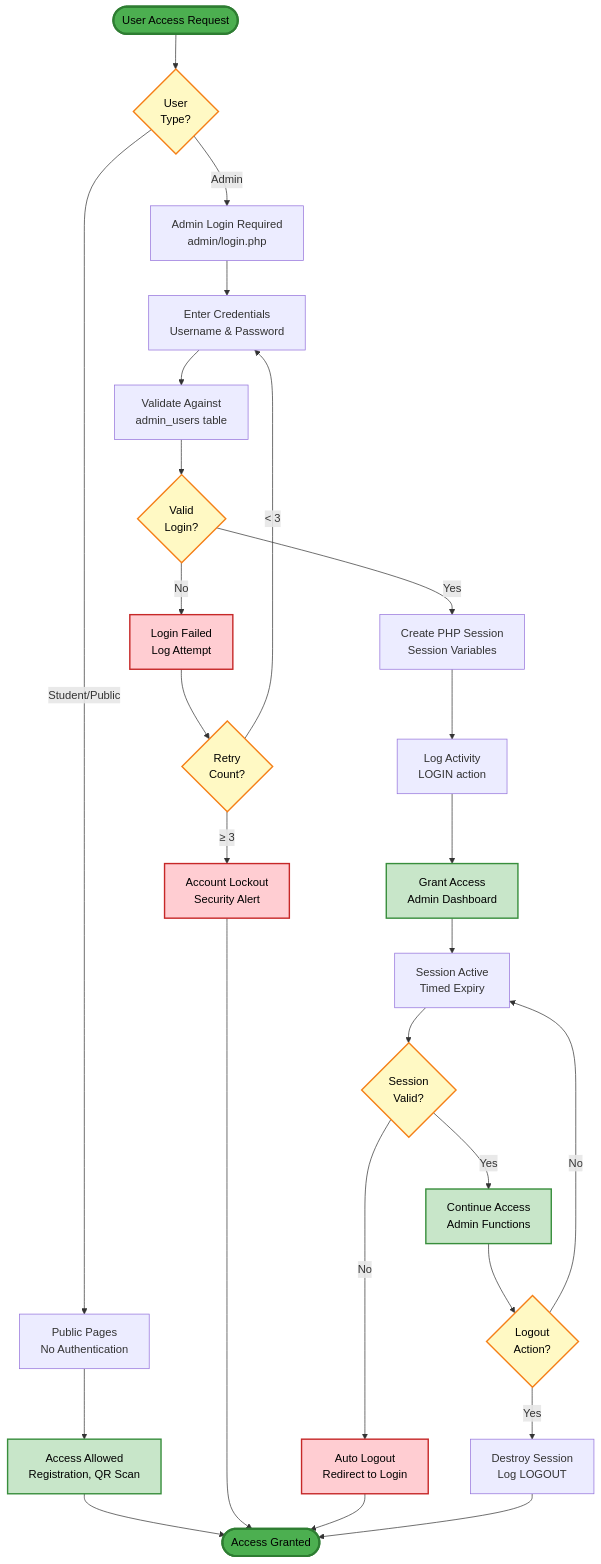
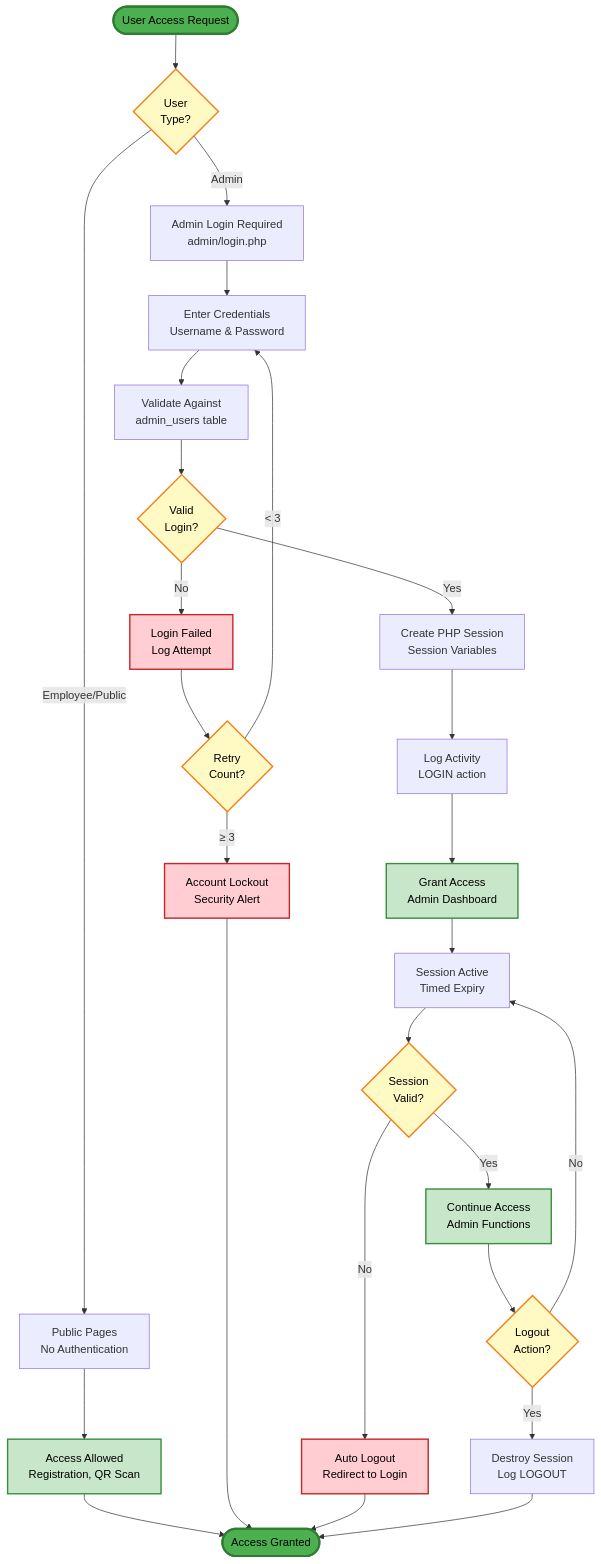
Before and after one commit to TsmHabib03/EAT: the eighth of 8 diagrams in GENERAL_PROCEDURE_FLOWCHART.md, drawn with Mermaid. The commit also changed other lines of this file and 64 other files, not shown here.

````diff
--- a/GENERAL_PROCEDURE_FLOWCHART.md
+++ b/GENERAL_PROCEDURE_FLOWCHART.md
@@ -356,58 +356,58 @@
 ```mermaid
 flowchart TD
     Start([User Access Request]) --> A{User<br/>Type?}
     
-    A -->|Student/Public| B[Public Pages<br/>No Authentication]
+    A -->|Employee/Public| B[Public Pages<br/>No Authentication]
     A -->|Admin| C[Admin Login Required<br/>admin/login.php]
     
     B --> D[Access Allowed<br/>Registration, QR Scan]
     
     C --> E[Enter Credentials<br/>Username & Password]
     
     E --> F[Validate Against<br/>admin_users table]
     
     F --> G{Valid<br/>Login?}
     
     G -->|No| H[Login Failed<br/>Log Attempt]
     G -->|Yes| I[Create PHP Session<br/>Session Variables]
     
     H --> J{Retry<br/>Count?}
     
     J -->|< 3| E
     J -->|≥ 3| K[Account Lockout<br/>Security Alert]
     
     I --> L[Log Activity<br/>LOGIN action]
     
     L --> M[Grant Access<br/>Admin Dashboard]
     
     M --> N[Session Active<br/>Timed Expiry]
     
     N --> O{Session<br/>Valid?}
     
     O -->|No| P[Auto Logout<br/>Redirect to Login]
     O -->|Yes| Q[Continue Access<br/>Admin Functions]
     
     Q --> R{Logout<br/>Action?}
     
     R -->|No| N
     R -->|Yes| S[Destroy Session<br/>Log LOGOUT]
     
     D --> End([Access Granted])
     K --> End
     P --> End
     S --> End
     
     style Start fill:#4CAF50,stroke:#2E7D32,stroke-width:3px,color:#000
     style End fill:#4CAF50,stroke:#2E7D32,stroke-width:3px,color:#000
     style A fill:#FFF9C4,stroke:#F57F17,stroke-width:2px,color:#000
     style G fill:#FFF9C4,stroke:#F57F17,stroke-width:2px,color:#000
     style J fill:#FFF9C4,stroke:#F57F17,stroke-width:2px,color:#000
     style O fill:#FFF9C4,stroke:#F57F17,stroke-width:2px,color:#000
     style R fill:#FFF9C4,stroke:#F57F17,stroke-width:2px,color:#000
     style H fill:#FFCDD2,stroke:#C62828,stroke-width:2px,color:#000
     style K fill:#FFCDD2,stroke:#C62828,stroke-width:2px,color:#000
     style P fill:#FFCDD2,stroke:#C62828,stroke-width:2px,color:#000
     style D fill:#C8E6C9,stroke:#388E3C,stroke-width:2px,color:#000
     style M fill:#C8E6C9,stroke:#388E3C,stroke-width:2px,color:#000
     style Q fill:#C8E6C9,stroke:#388E3C,stroke-width:2px,color:#000
 ```
````
